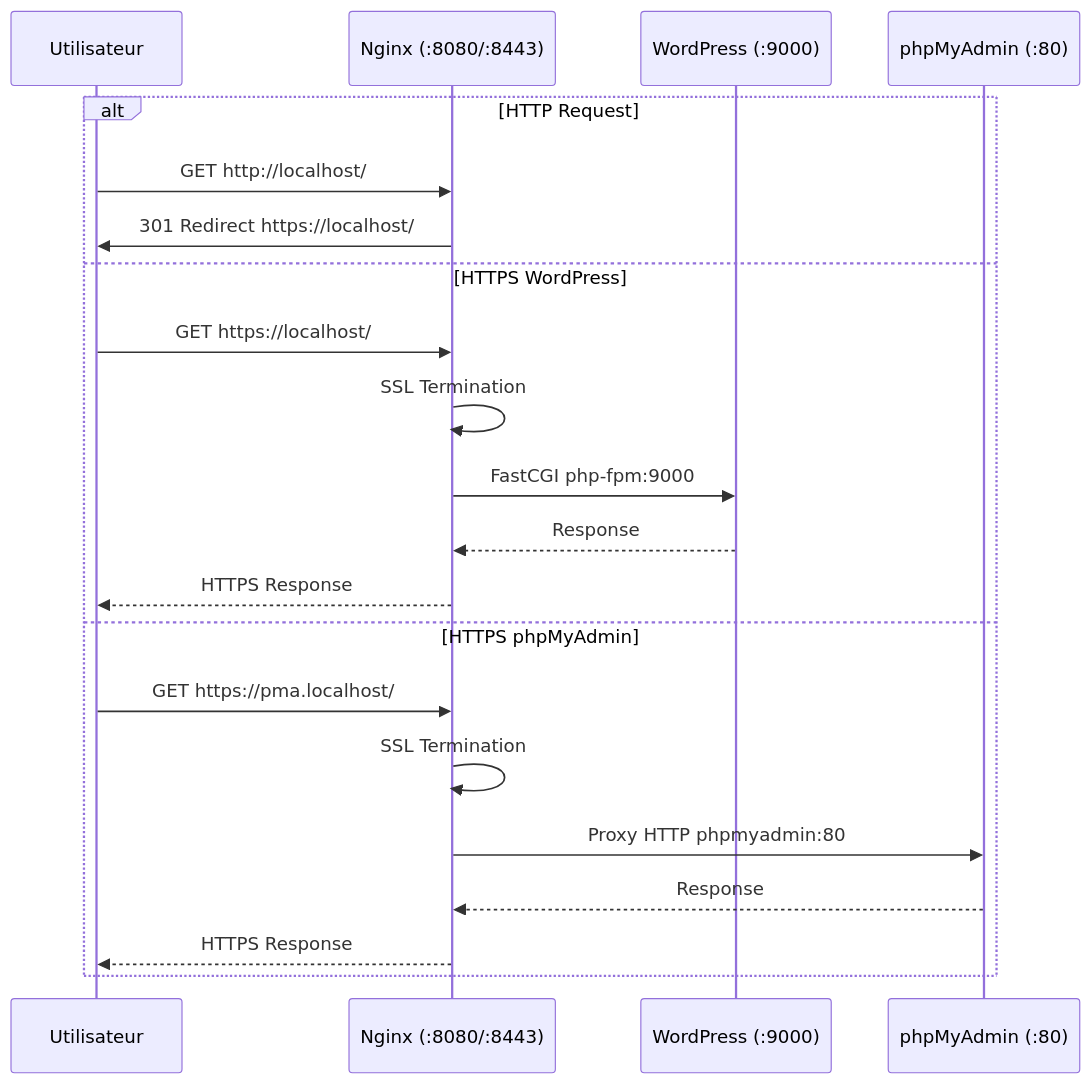
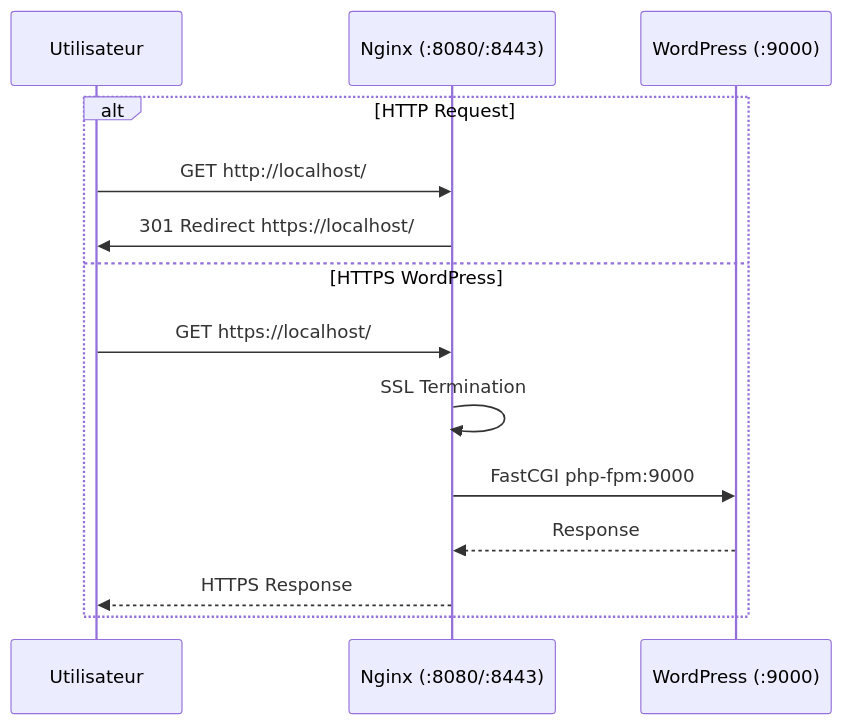
One commit to natrijau/Cloud-1 changed the second of 2 diagrams in docker/nginx/README.md. Above: the diagram before and after it, drawn with Mermaid. The commit also changed other lines of this file and 10 other files, not shown here.

````diff
--- a/docker/nginx/README.md
+++ b/docker/nginx/README.md
@@ -58,24 +54,17 @@
 ```mermaid
 sequenceDiagram
     participant U as Utilisateur
     participant N as Nginx (:8080/:8443)
     participant W as WordPress (:9000)
-    participant P as phpMyAdmin (:80)
     
     alt HTTP Request
         U->>N: GET http://localhost/
         N->>U: 301 Redirect https://localhost/
     else HTTPS WordPress
         U->>N: GET https://localhost/
         N->>N: SSL Termination
         N->>W: FastCGI php-fpm:9000
         W-->>N: Response
         N-->>U: HTTPS Response
-    else HTTPS phpMyAdmin
-        U->>N: GET https://pma.localhost/
-        N->>N: SSL Termination
-        N->>P: Proxy HTTP phpmyadmin:80
-        P-->>N: Response
-        N-->>U: HTTPS Response
     end
 ```
````
